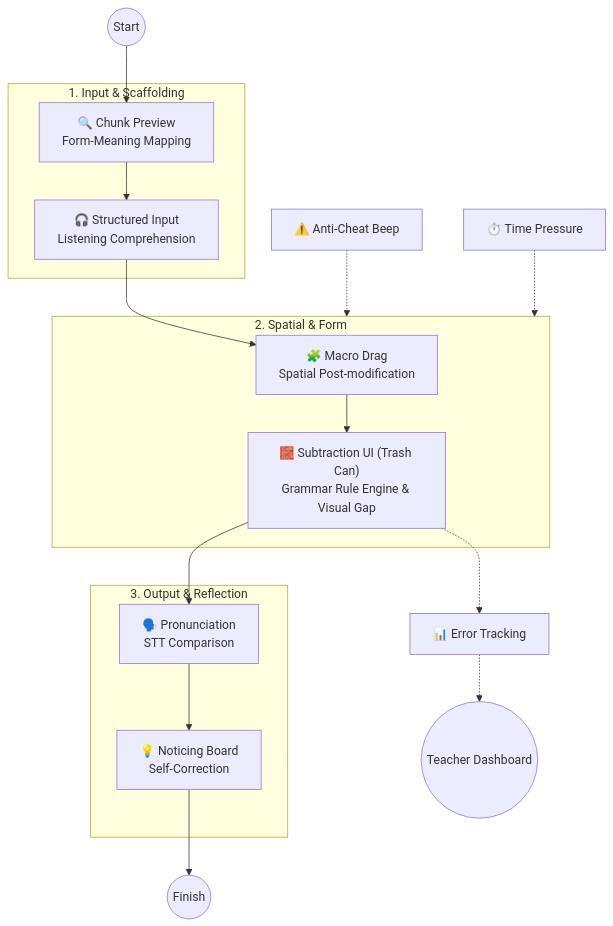
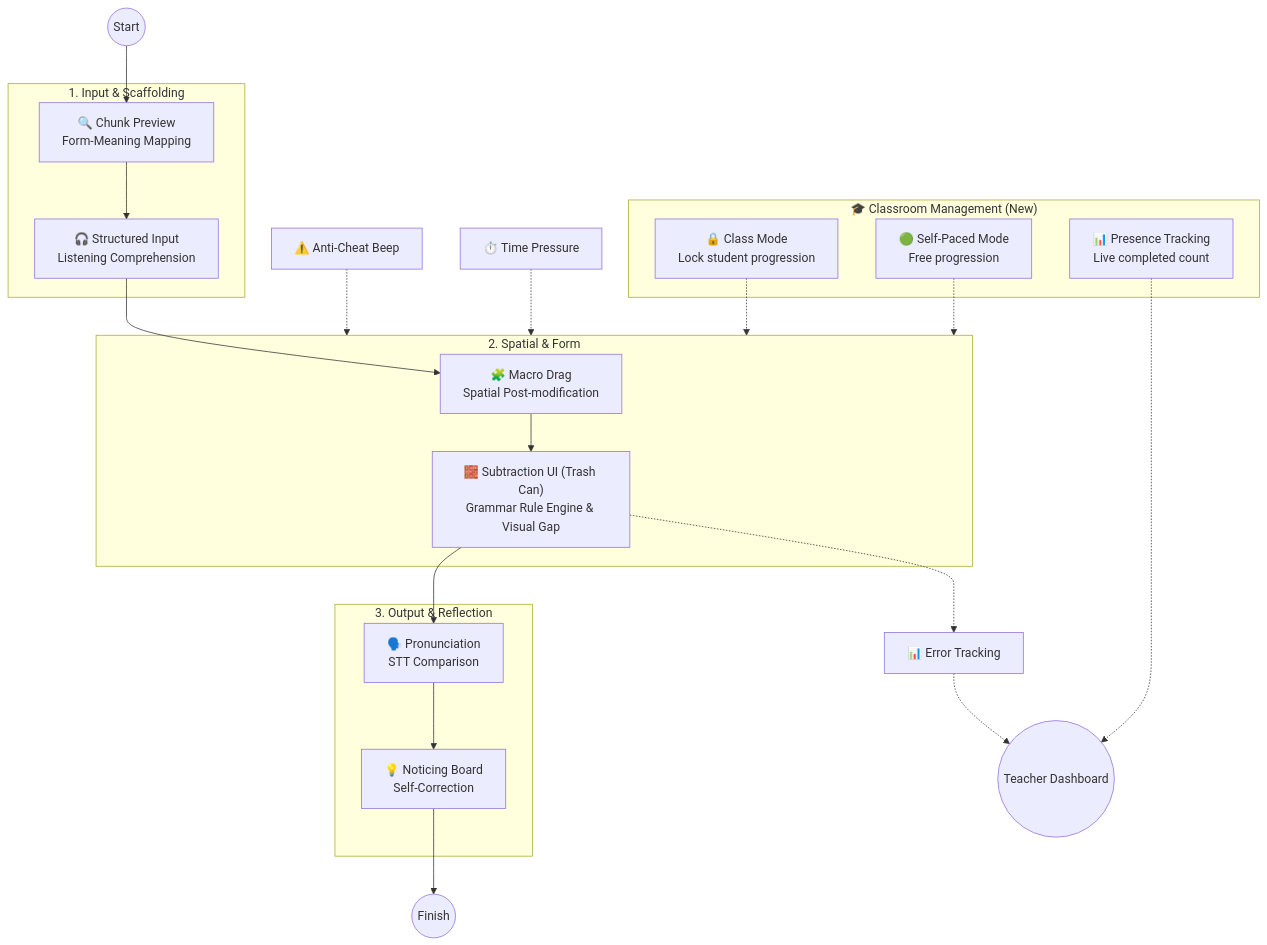
The first of 3 diagrams in README.md (ylin3-learner/anime-character-hunter-lite), drawn with Mermaid before and after one commit. The commit also changed other lines of this file and 1 other file, not shown here.

First line of the commit message:
docs(readme): document presence tracking and class mode lock features

````diff
--- a/README.md
+++ b/README.md
@@ -17,34 +17,44 @@
 ```mermaid
 flowchart TD
     Start((Start)) --> Preview
     
     subgraph Presentation ["1. Input & Scaffolding"]
         Preview["🔍 Chunk Preview<br>Form-Meaning Mapping"]
         Input["🎧 Structured Input<br>Listening Comprehension"]
         Preview --> Input
     end
 
     Input --> Macro
     
     subgraph Practice ["2. Spatial & Form"]
         Macro["🧩 Macro Drag<br>Spatial Post-modification"]
         Micro["🧱 Subtraction UI (Trash Can)<br>Grammar Rule Engine & Visual Gap"]
         Macro --> Micro
     end
 
     Micro --> Output
     
     subgraph Production ["3. Output & Reflection"]
         Output["🗣️ Pronunciation<br>STT Comparison"]
         Noticing["💡 Noticing Board<br>Self-Correction"]
         Output --> Noticing
     end
 
     Noticing --> End((Finish))
 
-    %% Behaviorism Feedback
+    %% Behaviorism & Classroom Management
     Focus["⚠️ Anti-Cheat Beep"] -.-> Practice
     Timer["⏱️ Time Pressure"] -.-> Practice
     Data["📊 Error Tracking"] -.-> Teacher((Teacher Dashboard))
     Micro -.-> Data
+
+    subgraph ClassroomMgmt ["🎓 Classroom Management (New)"]
+        ClassMode["🔒 Class Mode<br>Lock student progression"]
+        Presence["📊 Presence Tracking<br>Live completed count"]
+        SelfPace["🟢 Self-Paced Mode<br>Free progression"]
+    end
+
+    ClassMode -.-> Practice
+    Presence -.-> Teacher
+    SelfPace -.-> Practice
 ```
````
